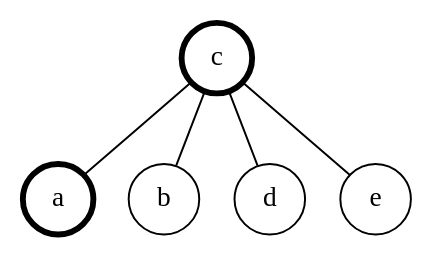
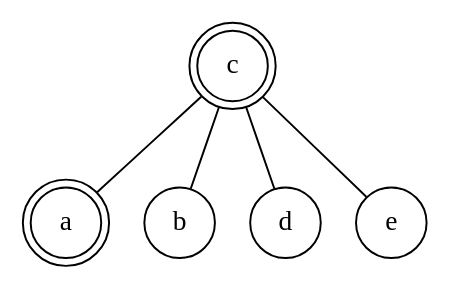
The diagram in src/content/da/cobertura.dot (rodrgds/resumos), drawn with Graphviz before and after one commit. The commit also changed 34 other files, not shown here.

```diff
--- a/src/content/da/cobertura.dot
+++ b/src/content/da/cobertura.dot
@@ -1,1 +1,5 @@
-graph C { node [shape=circle]; c--a; c--b; c--d; c--e; c [penwidth=3]; a [penwidth=3]; }
+graph C {
+  node [shape=circle];
+  c -- a; c -- b; c -- d; c -- e;
+  c [peripheries=2]; a [peripheries=2];
+}
```
